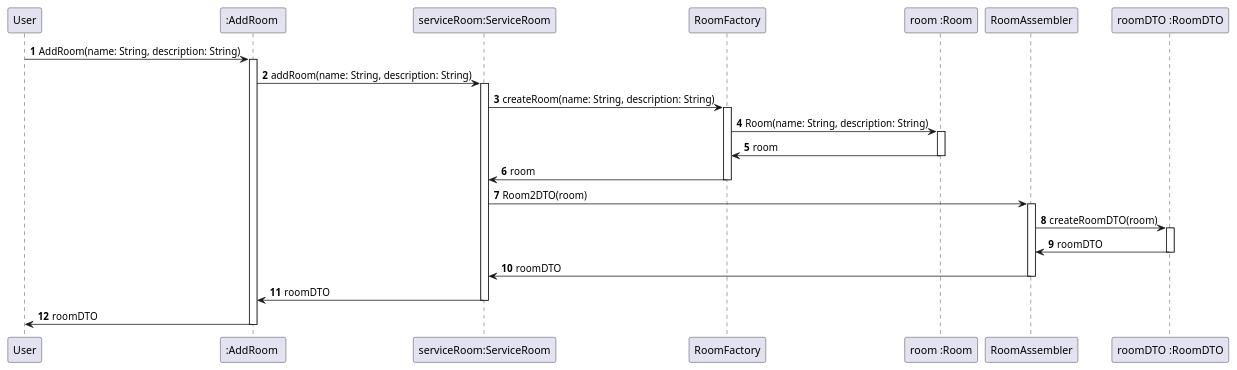
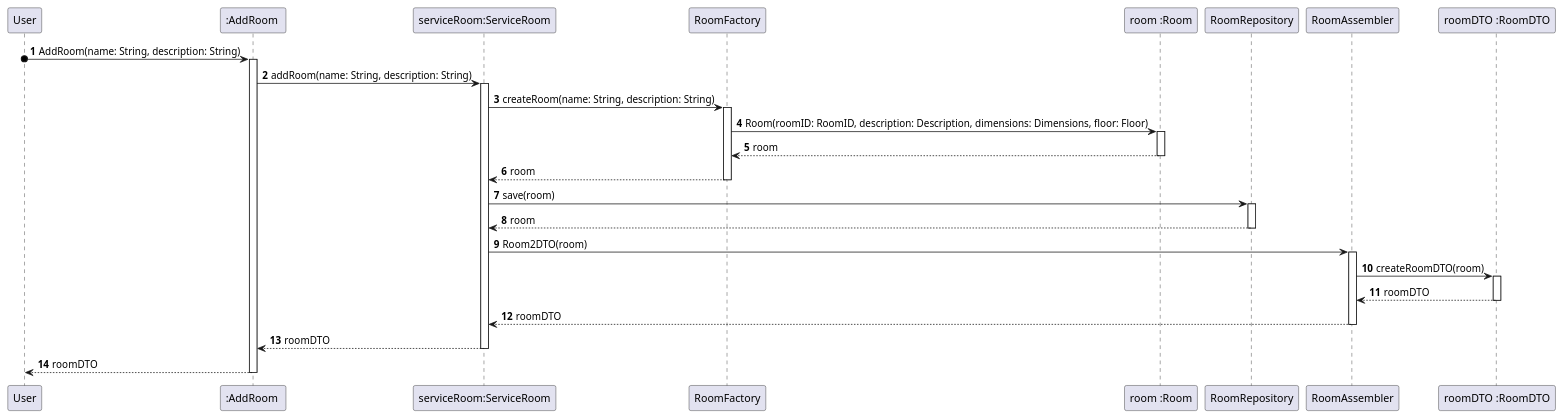
The diagram in docs/ood/sequenceDiagram/US02AddRoom.puml (olivDiogo/SmartHome), drawn with PlantUML before and after one commit.

Commit message:
#134 Update US02 Sequence Diagram

```diff
--- a/docs/ood/sequenceDiagram/US02AddRoom.puml
+++ b/docs/ood/sequenceDiagram/US02AddRoom.puml
@@ -1,43 +1,48 @@
 @startuml
 
 !pragma layout smetana
 autonumber
 
 participant "User" as User
 participant ":AddRoom " as Controller
 participant "serviceRoom:ServiceRoom" as Service
 participant "RoomFactory" as Factory
 participant "room :Room" as Device
+participant "RoomRepository" as Repository
 participant "RoomAssembler" as Assembler
 participant "roomDTO :RoomDTO" as DTO
 
-User -> Controller: AddRoom(name: String, description: String)
+User o-> Controller: AddRoom(name: String, description: String)
 activate Controller
 Controller -> Service: addRoom(name: String, description: String)
 activate Service
 Service -> Factory: createRoom(name: String, description: String)
 activate Factory
-Factory -> Device: Room(name: String, description: String)
+Factory -> Device: Room(roomID: RoomID, description: Description, dimensions: Dimensions, floor: Floor)
 activate Device
-Device -> Factory: room
+Device --> Factory: room
 deactivate Device
-Factory -> Service: room
+Factory --> Service: room
 deactivate Factory
+Service -> Repository: save(room)
+activate Repository
+Repository --> Service : room
+deactivate Repository
 Service -> Assembler: Room2DTO(room)
 activate Assembler
 Assembler -> DTO: createRoomDTO(room)
 activate DTO
-DTO -> Assembler: roomDTO
+DTO --> Assembler: roomDTO
 deactivate DTO
-Assembler -> Service: roomDTO
+Assembler --> Service: roomDTO
 deactivate Assembler
-Service -> Controller: roomDTO
+Service --> Controller: roomDTO
 deactivate Service
-Controller -> User: roomDTO
+Controller --> User: roomDTO
 deactivate Controller
 
 
 
 
 
 @enduml
```
